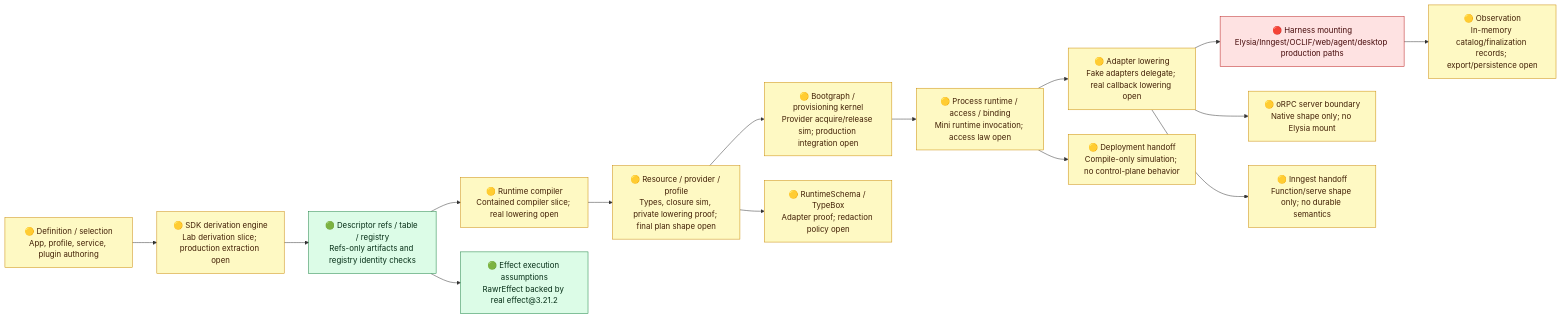
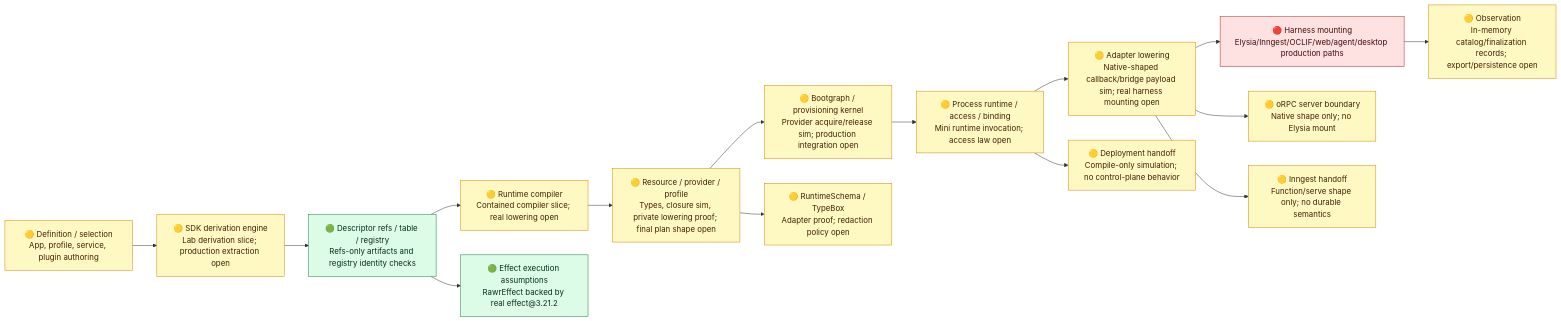
One commit to rawr-ai/rawr-hq-template changed the diagram in tools/runtime-realization-type-env/evidence/runtime-spine-verification-diagnostic.md. Above: the diagram before and after it, drawn with Mermaid. The commit also changed other lines of this file and 17 other files, not shown here.

Commit message:
feat(runtime): prove adapter bridge lowering

````diff
--- a/tools/runtime-realization-type-env/evidence/runtime-spine-verification-diagnostic.md
+++ b/tools/runtime-realization-type-env/evidence/runtime-spine-verification-diagnostic.md
@@ -19,25 +19,25 @@
 ```mermaid
 flowchart LR
   A["🟡 Definition / selection<br/>App, profile, service, plugin authoring"] --> B["🟡 SDK derivation engine<br/>Lab derivation slice; production extraction open"]
   B --> C["🟢 Descriptor refs / table / registry<br/>Refs-only artifacts and registry identity checks"]
   C --> D["🟡 Runtime compiler<br/>Contained compiler slice; real lowering open"]
   D --> E["🟡 Resource / provider / profile<br/>Types, closure sim, private lowering proof; final plan shape open"]
   E --> F["🟡 Bootgraph / provisioning kernel<br/>Provider acquire/release sim; production integration open"]
   F --> G["🟡 Process runtime / access / binding<br/>Mini runtime invocation; access law open"]
-  G --> H["🟡 Adapter lowering<br/>Fake adapters delegate; real callback lowering open"]
+  G --> H["🟡 Adapter lowering<br/>Native-shaped callback/bridge payload sim; real harness mounting open"]
   H --> I["🔴 Harness mounting<br/>Elysia/Inngest/OCLIF/web/agent/desktop production paths"]
   I --> J["🟡 Observation<br/>In-memory catalog/finalization records; export/persistence open"]
 
   C --> K["🟢 Effect execution assumptions<br/>RawrEffect backed by real effect@3.21.2"]
   E --> L["🟡 RuntimeSchema / TypeBox<br/>Adapter proof; redaction policy open"]
   H --> M["🟡 oRPC server boundary<br/>Native shape only; no Elysia mount"]
   H --> N["🟡 Inngest handoff<br/>Function/serve shape only; no durable semantics"]
   G --> O["🟡 Deployment handoff<br/>Compile-only simulation; no control-plane behavior"]
 
   classDef green fill:#dcfce7,stroke:#15803d,color:#052e16;
   classDef yellow fill:#fef9c3,stroke:#ca8a04,color:#422006;
   classDef red fill:#fee2e2,stroke:#b91c1c,color:#450a0a;
   class C,K green;
   class A,B,D,E,F,G,H,J,L,M,N,O yellow;
   class I red;
 ```
````
